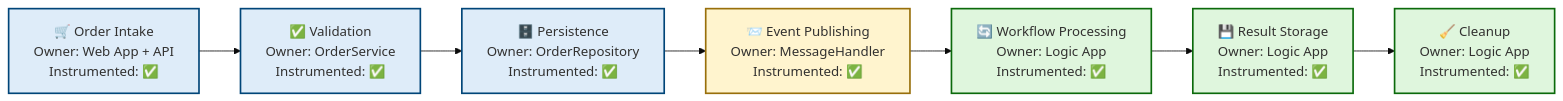
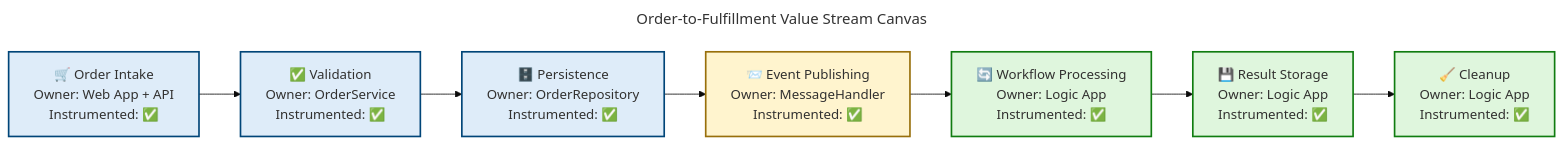
The third of 13 diagrams in docs/architecture/Business-Layer-Architecture.md (Evilazaro/Azure-LogicApps-Monitoring), drawn with Mermaid before and after one commit. The commit also changed other lines of this file, not shown here.

Commit message:
docs: update mermaid diagrams for improved clarity and consistency in Business Architecture documentation

````diff
--- a/docs/architecture/Business-Layer-Architecture.md
+++ b/docs/architecture/Business-Layer-Architecture.md
@@ -187,34 +189,39 @@
 ```mermaid
 ---
+title: "Order-to-Fulfillment Value Stream Canvas"
 config:
   theme: base
+  themeVariables:
+    fontSize: '16px'
+  flowchart:
+    htmlLabels: false
 ---
 flowchart LR
     accTitle: Order-to-Fulfillment Value Stream Canvas
     accDescr: Shows the 7 stages of the Order-to-Fulfillment value stream from customer order submission through processing and cleanup with stage ownership and instrumentation status
 
     %% ═══════════════════════════════════════════════════════════════
     %% AZURE / FLUENT ARCHITECTURE PATTERN v1.1
     %% Generated: 2026-02-18T10:30:00Z
     %% Layer: Business
     %% Components: 7
     %% ═══════════════════════════════════════════════════════════════
 
     s1["🛒 Order Intake<br/>Owner: Web App + API<br/>Instrumented: ✅"]
     s2["✅ Validation<br/>Owner: OrderService<br/>Instrumented: ✅"]
     s3["🗄️ Persistence<br/>Owner: OrderRepository<br/>Instrumented: ✅"]
     s4["📨 Event Publishing<br/>Owner: MessageHandler<br/>Instrumented: ✅"]
     s5["🔄 Workflow Processing<br/>Owner: Logic App<br/>Instrumented: ✅"]
     s6["💾 Result Storage<br/>Owner: Logic App<br/>Instrumented: ✅"]
     s7["🧹 Cleanup<br/>Owner: Logic App<br/>Instrumented: ✅"]
 
     s1 --> s2 --> s3 --> s4 --> s5 --> s6 --> s7
 
     classDef syncStage fill:#DEECF9,stroke:#004578,stroke-width:2px,color:#323130
     classDef asyncStage fill:#FFF4CE,stroke:#986F0B,stroke-width:2px,color:#323130
-    classDef workflowStage fill:#DFF6DD,stroke:#0B6A0B,stroke-width:2px,color:#323130
+    classDef workflowStage fill:#DFF6DD,stroke:#107C10,stroke-width:2px,color:#323130
 
     class s1,s2,s3 syncStage
     class s4 asyncStage
     class s5,s6,s7 workflowStage
 ```
````
